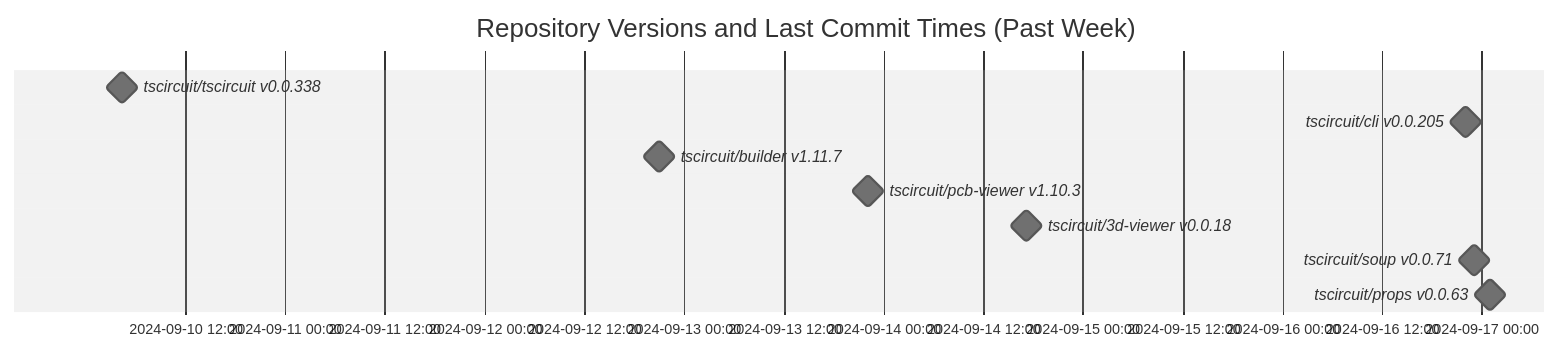
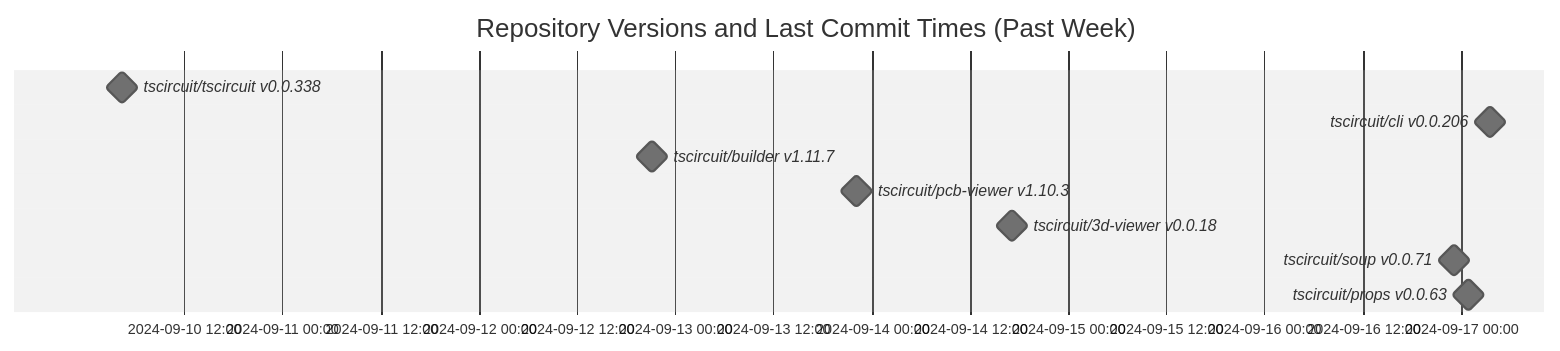
Before and after one commit to tscircuit/version-tracker: the diagram in README.md, drawn with Mermaid (neutral theme).

Commit message:
Update chart

````diff
--- a/README.md
+++ b/README.md
@@ -1,14 +1,14 @@
 ```mermaid
 gantt
   dateFormat  YYYY-MM-DD HH:mm:ss
   title Repository Versions and Last Commit Times (Past Week)
   axisFormat %Y-%m-%d %H:%M
 
   tscircuit/tscircuit v0.0.338 : milestone, 2024-09-10 04:23:10, 1s
-  tscircuit/cli v0.0.205 : milestone, 2024-09-16 21:59:30, 1s
+  tscircuit/cli v0.0.206 : milestone, 2024-09-17 03:32:23, 1s
   tscircuit/builder v1.11.7 : milestone, 2024-09-12 21:03:51, 1s
   tscircuit/pcb-viewer v1.10.3 : milestone, 2024-09-13 22:06:50, 1s
   tscircuit/3d-viewer v0.0.18 : milestone, 2024-09-14 17:06:37, 1s
   tscircuit/soup v0.0.71 : milestone, 2024-09-16 23:07:32, 1s
   tscircuit/props v0.0.63 : milestone, 2024-09-17 00:58:09, 1s
 ```
````
